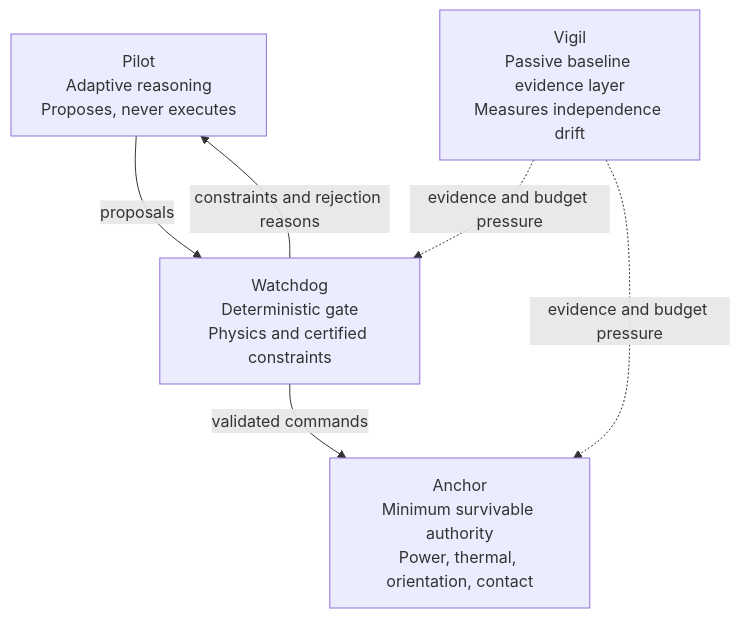
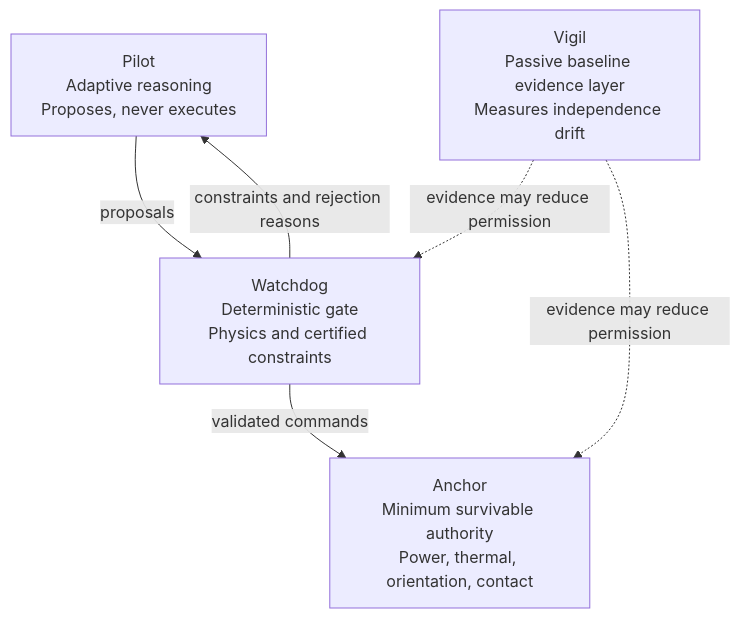
The diagram in README.md (emilyecht/cerberus-runtime-assurance), drawn with Mermaid before and after one commit. The commit also changed other lines of this file, not shown here.

````diff
--- a/README.md
+++ b/README.md
@@ -19,13 +141,13 @@
 ```mermaid
 flowchart TB
     P[Pilot\nAdaptive reasoning\nProposes, never executes]
     W[Watchdog\nDeterministic gate\nPhysics and certified constraints]
     A[Anchor\nMinimum survivable authority\nPower, thermal, orientation, contact]
     V[Vigil\nPassive baseline evidence layer\nMeasures independence drift]
 
     P -->|proposals| W
     W -->|validated commands| A
-    V -.->|evidence and budget pressure| W
-    V -.->|evidence and budget pressure| A
+    V -.->|evidence may reduce permission| W
+    V -.->|evidence may reduce permission| A
     W -->|constraints and rejection reasons| P
 ```
````
